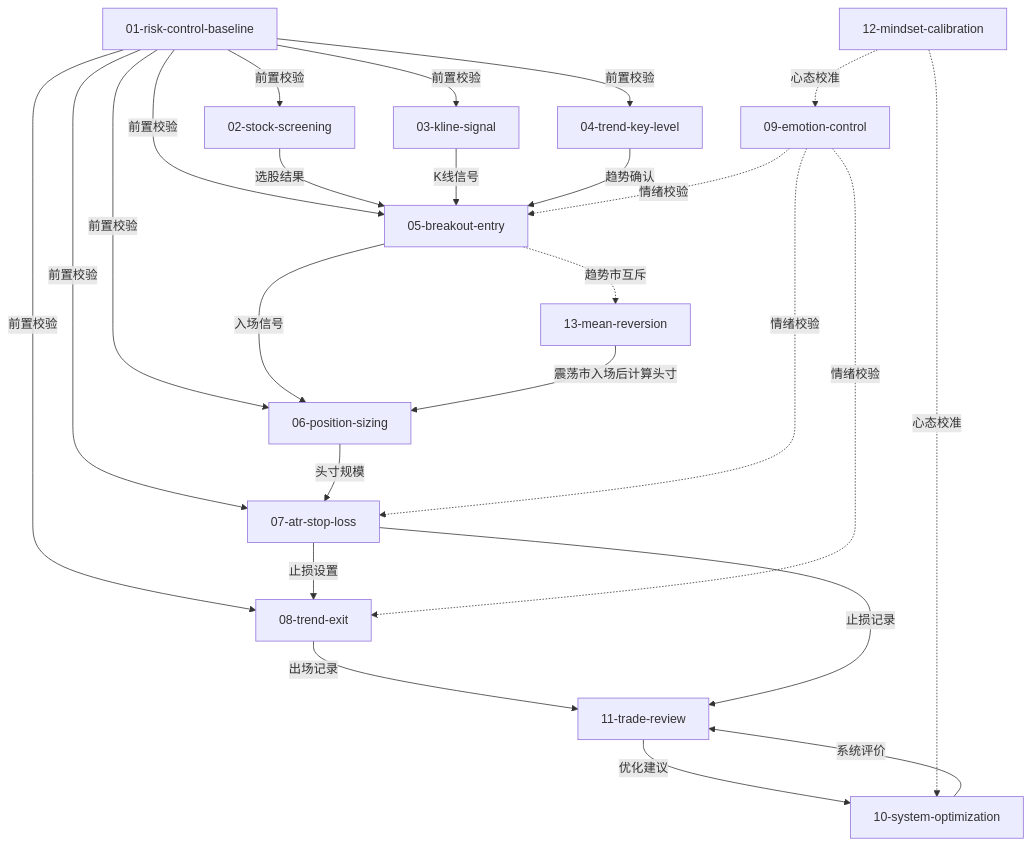
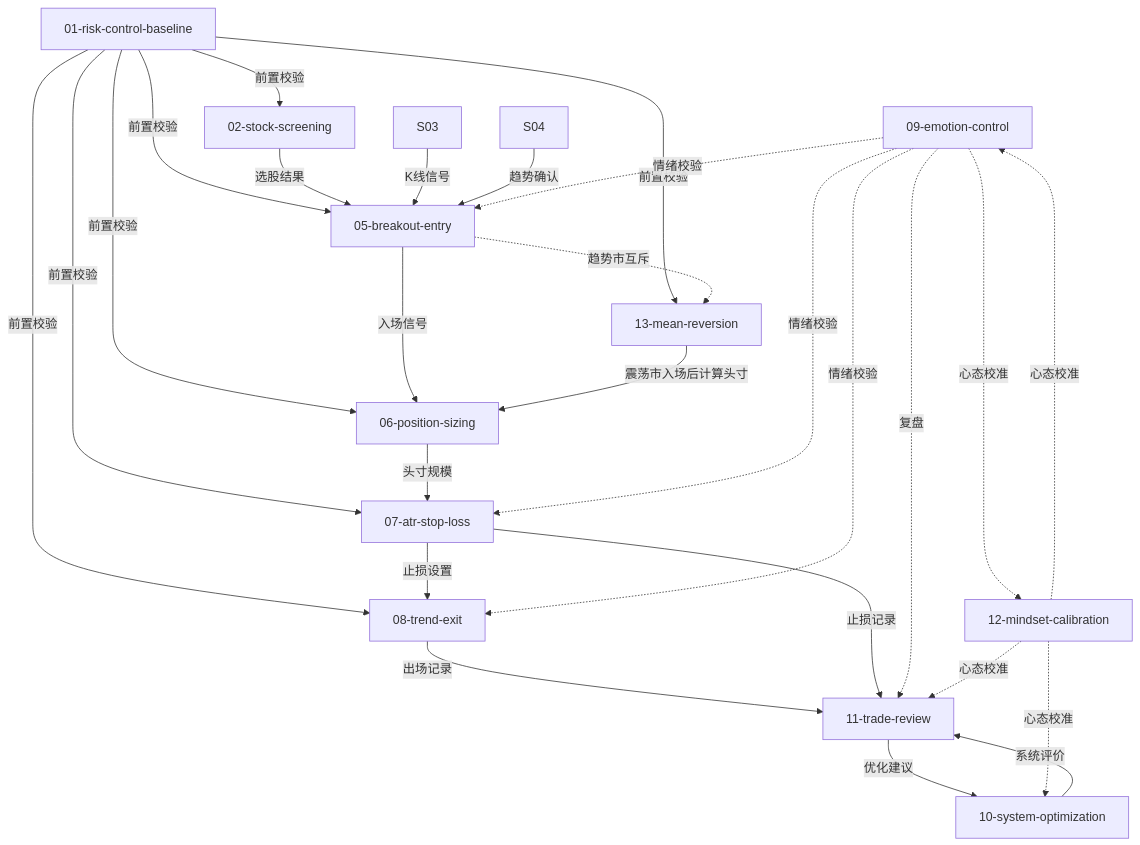
One commit to ClayDong/books2skill changed the diagram in library/stock-trading-system/INDEX.md. Above: the diagram before and after it, drawn with Mermaid. The commit also changed 5 other files, not shown here.

````diff
--- a/library/stock-trading-system/INDEX.md
+++ b/library/stock-trading-system/INDEX.md
@@ -54,34 +54,36 @@
 ```mermaid
 graph TD
     S01[01-risk-control-baseline] -->|前置校验| S02[02-stock-screening]
-    S01 -->|前置校验| S03[03-kline-signal]
-    S01 -->|前置校验| S04[04-trend-key-level]
     S01 -->|前置校验| S05[05-breakout-entry]
     S01 -->|前置校验| S06[06-position-sizing]
     S01 -->|前置校验| S07[07-atr-stop-loss]
     S01 -->|前置校验| S08[08-trend-exit]
+    S01 -->|前置校验| S13[13-mean-reversion]
 
     S02 -->|选股结果| S05
     S03 -->|K线信号| S05
     S04 -->|趋势确认| S05
 
     S05 -->|入场信号| S06
     S06 -->|头寸规模| S07
     S07 -->|止损设置| S08
 
     S08 -->|出场记录| S11[11-trade-review]
     S07 -->|止损记录| S11
 
     S09[09-emotion-control] -.->|情绪校验| S05
     S09 -.->|情绪校验| S07
     S09 -.->|情绪校验| S08
+    S09 -.->|复盘| S11
+    S09 -.->|心态校准| S12[12-mindset-calibration]
 
     S10[10-system-optimization] -->|系统评价| S11
     S11 -->|优化建议| S10
 
-    S12[12-mindset-calibration] -.->|心态校准| S09
+    S12 -.->|心态校准| S09
     S12 -.->|心态校准| S10
+    S12 -.->|心态校准| S11
 
     S13[13-mean-reversion] -->|震荡市入场后计算头寸| S06
     S05 -.->|趋势市互斥| S13
 ```
````
